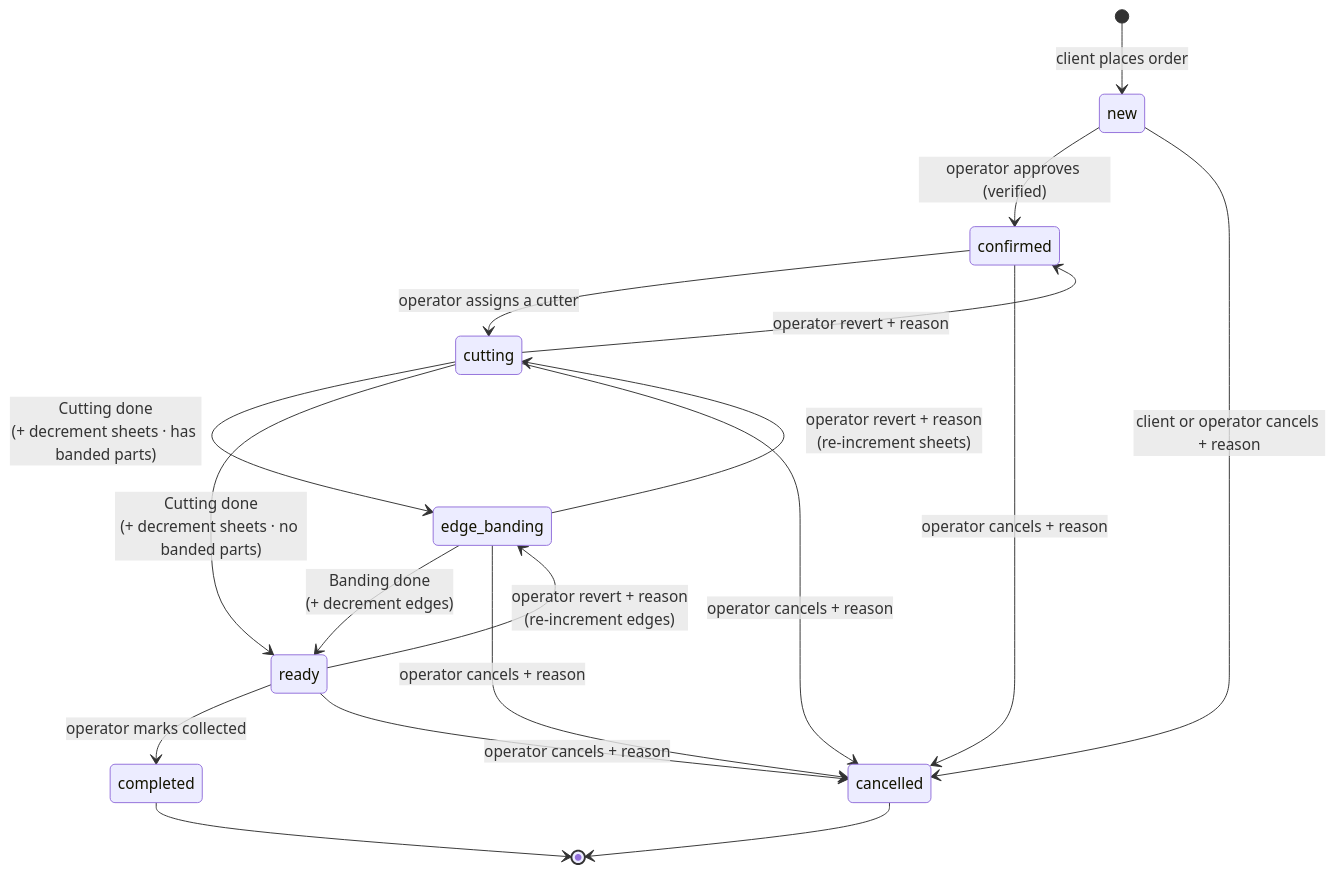
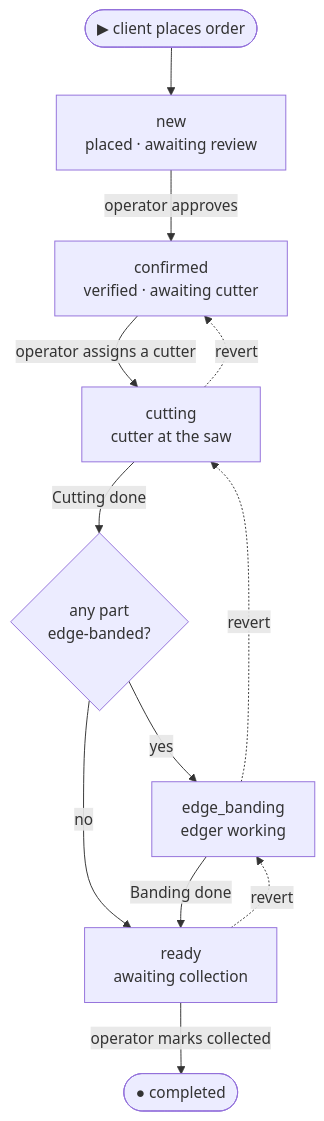
Before and after one commit to qadam-uz/mebel-pro: the diagram in docs/ref/features/orders.md, drawn with Mermaid. The commit also changed other lines of this file, not shown here.

````diff
--- a/docs/ref/features/orders.md
+++ b/docs/ref/features/orders.md
@@ -53,25 +55,15 @@
 ```mermaid
-stateDiagram-v2
-    [*] --> new : client places order
-    new --> confirmed : operator approves (verified)
-    new --> cancelled : client or operator cancels + reason
+flowchart TD
+    start([▶ client places order]) --> new[new<br/>placed · awaiting review]
+    new -->|operator approves| confirmed[confirmed<br/>verified · awaiting cutter]
+    confirmed -->|operator assigns a cutter| cutting[cutting<br/>cutter at the saw]
+    cutting -->|Cutting done| gate{any part<br/>edge-banded?}
+    gate -->|yes| edge_banding[edge_banding<br/>edger working]
+    gate -->|no| ready[ready<br/>awaiting collection]
+    edge_banding -->|Banding done| ready
+    ready -->|operator marks collected| done([● completed])
 
-    confirmed --> cutting : operator assigns a cutter
-    confirmed --> cancelled : operator cancels + reason
-
-    cutting --> edge_banding : Cutting done<br/>(+ decrement sheets · has banded parts)
-    cutting --> ready : Cutting done<br/>(+ decrement sheets · no banded parts)
-    cutting --> confirmed : operator revert + reason
-    cutting --> cancelled : operator cancels + reason
-
-    edge_banding --> ready : Banding done<br/>(+ decrement edges)
-    edge_banding --> cutting : operator revert + reason<br/>(re-increment sheets)
-    edge_banding --> cancelled : operator cancels + reason
-
-    ready --> completed : operator marks collected
-    ready --> edge_banding : operator revert + reason<br/>(re-increment edges)
-    ready --> cancelled : operator cancels + reason
-
-    completed --> [*]
-    cancelled --> [*]
+    cutting -. "revert" .-> confirmed
+    edge_banding -. "revert" .-> cutting
+    ready -. "revert" .-> edge_banding
 ```
````
